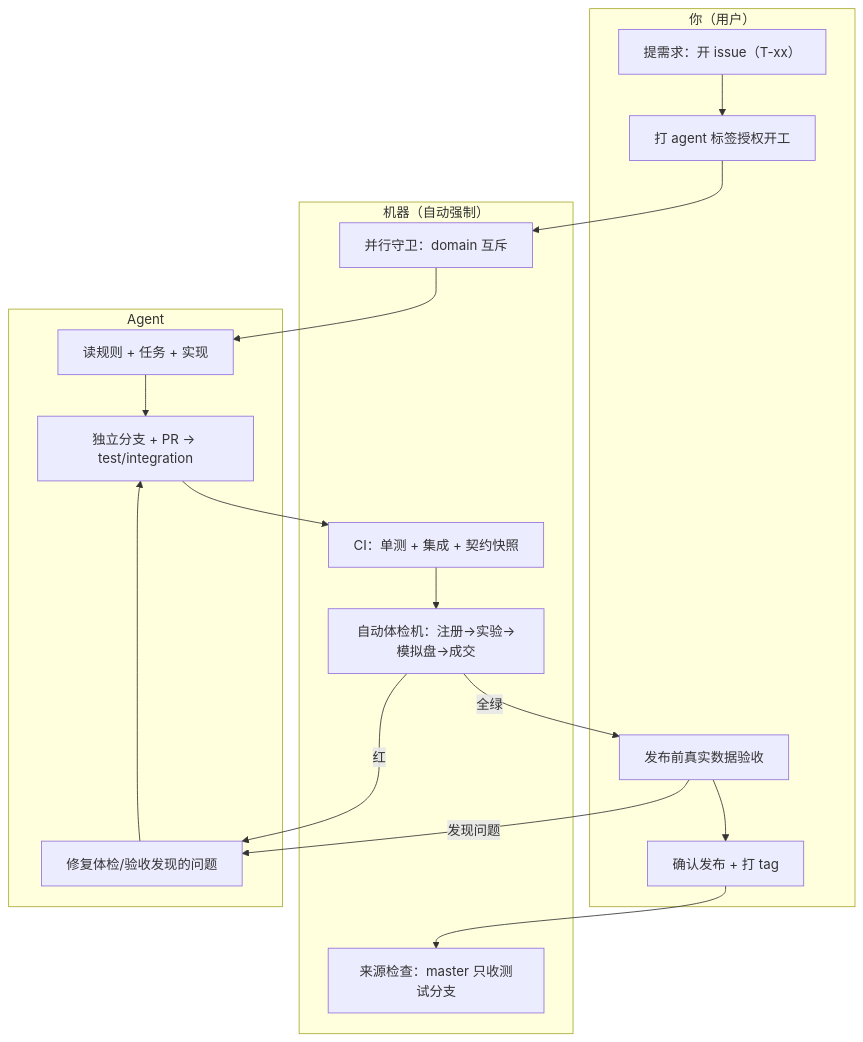
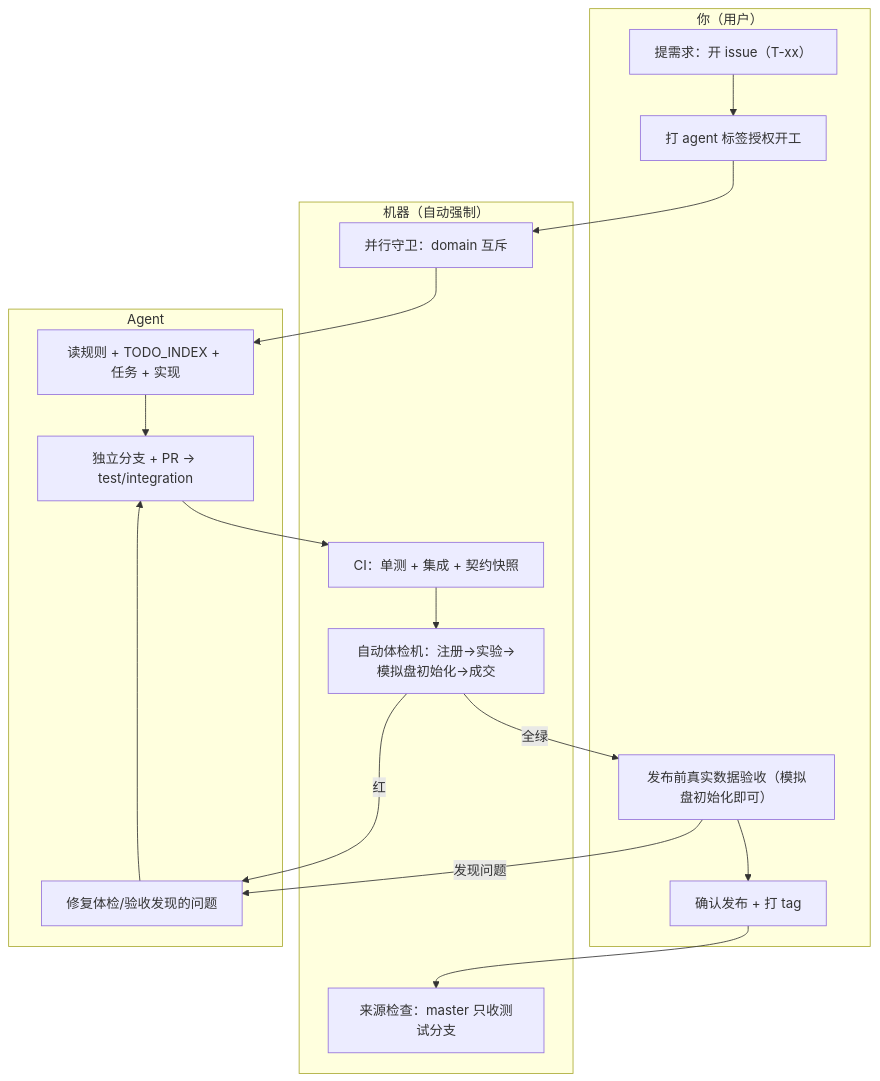
The fifth of 7 diagrams in docs/WORKFLOW_UPDATE_PLAN.md (feng653/quant-lean), drawn with Mermaid before and after one commit. The commit also changed other lines of this file, not shown here.

Commit message:
docs: 重写工作流方案 - 详细实施任务清单 + TODO 文档地位 + 模拟盘初始化口径

````diff
--- a/docs/WORKFLOW_UPDATE_PLAN.md
+++ b/docs/WORKFLOW_UPDATE_PLAN.md
@@ -120,25 +161,25 @@
 ```mermaid
 flowchart TB
     subgraph 你["你（用户）"]
         U1[提需求：开 issue（T-xx）]
         U2[打 agent 标签授权开工]
-        U3[发布前真实数据验收]
+        U3[发布前真实数据验收（模拟盘初始化即可）]
         U4[确认发布 + 打 tag]
     end
     subgraph 机器["机器（自动强制）"]
         M1[并行守卫：domain 互斥]
         M2[CI：单测 + 集成 + 契约快照]
-        M3[自动体检机：注册→实验→模拟盘→成交]
+        M3[自动体检机：注册→实验→模拟盘初始化→成交]
         M4[来源检查：master 只收测试分支]
     end
     subgraph agent["Agent"]
-        A1[读规则 + 任务 + 实现]
+        A1[读规则 + TODO_INDEX + 任务 + 实现]
         A2[独立分支 + PR → test/integration]
         A3[修复体检/验收发现的问题]
     end
 
     U1 --> U2 --> M1 --> A1 --> A2 --> M2 --> M3
     M3 -->|全绿| U3 --> U4 --> M4
     M3 -->|红| A3 --> A2
     U3 -->|发现问题| A3
 ```
````
